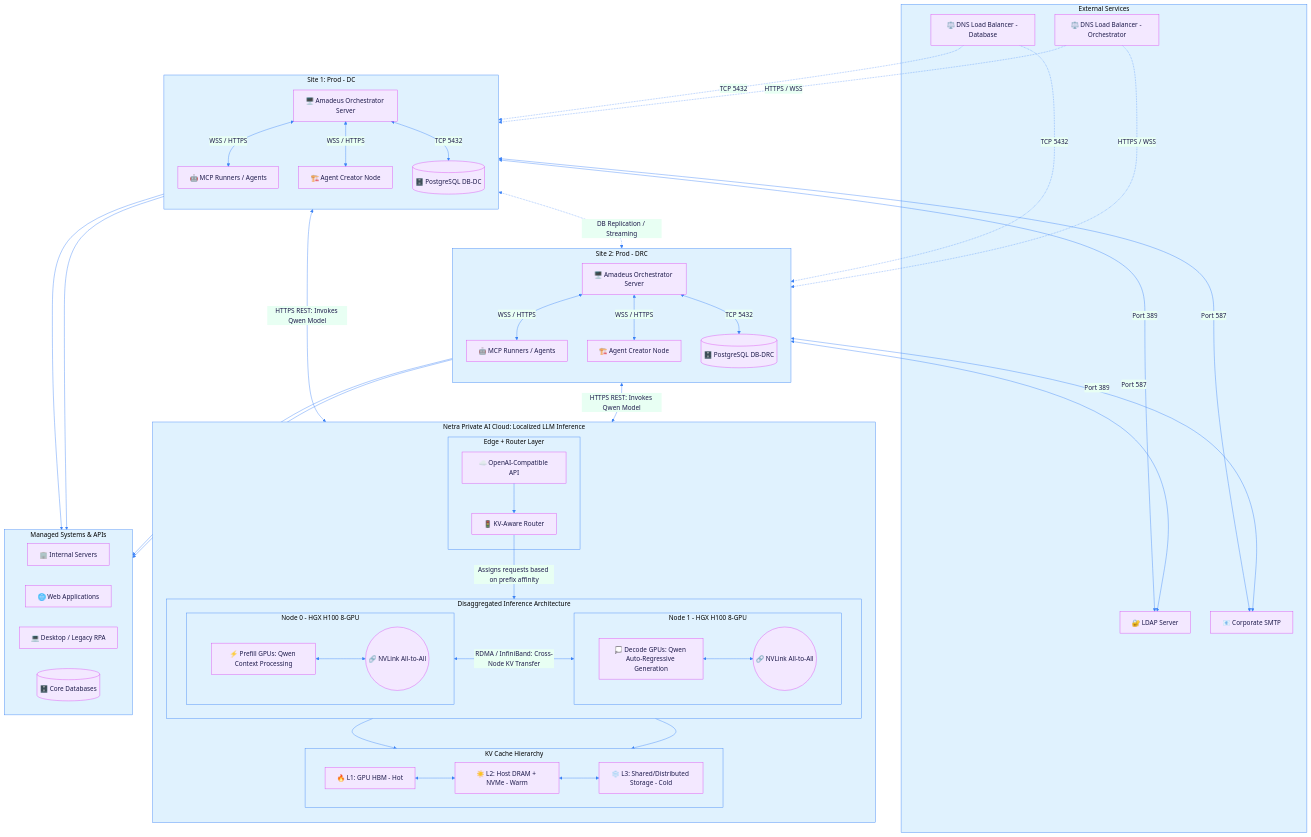
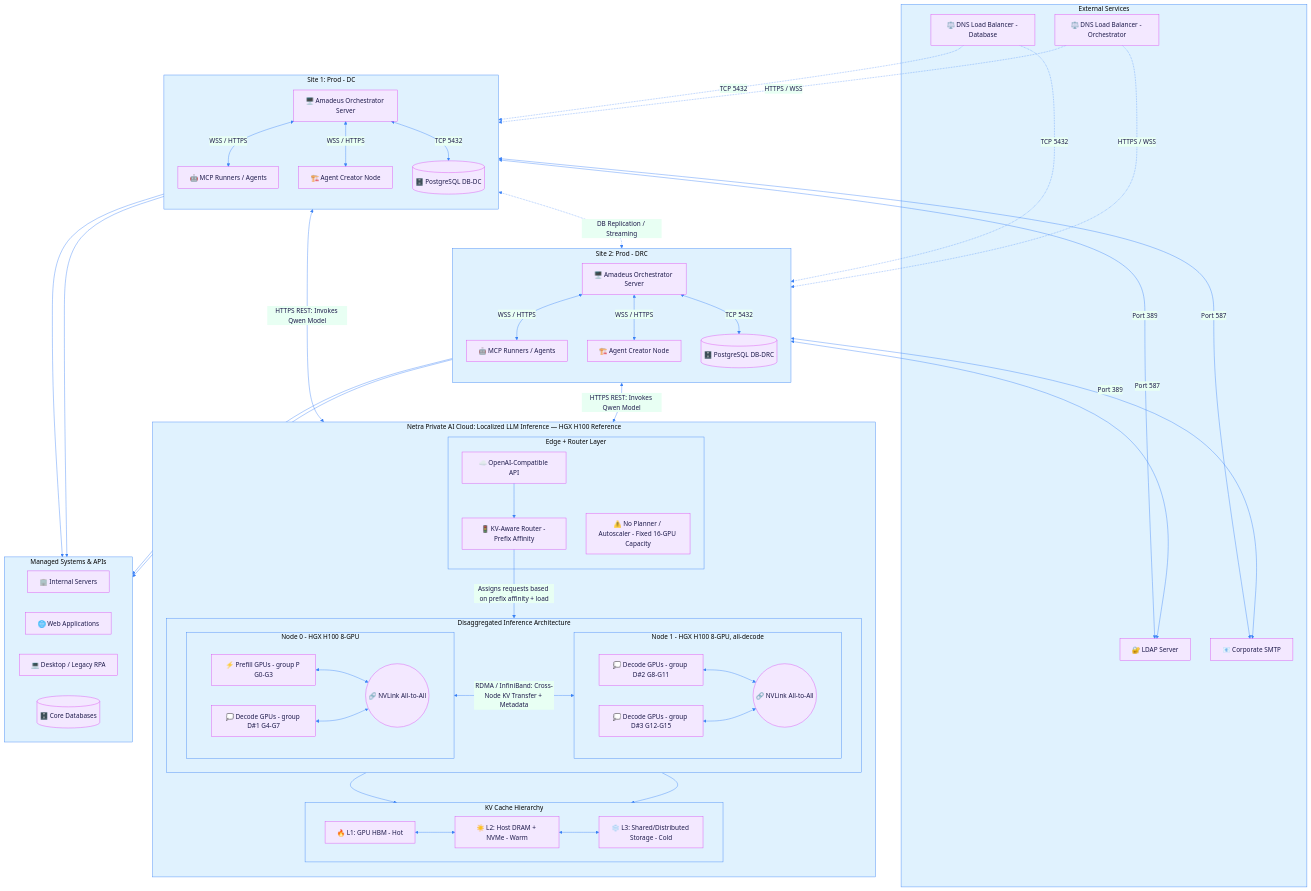
The third of 4 diagrams in README.md (Engineering-Reality/kachponz), drawn with Mermaid before and after one commit. The commit also changed other lines of this file, not shown here.

Commit message:
docs: sync latest updates on HGX H100 deployment reference, roadmap sprints, and CX100 use case

```diff
--- a/README.md
+++ b/README.md
@@ -186,29 +186,34 @@
         CR_DRC <-->|TCP 5432| DB_DRC
     end
 
-    subgraph NetraCloud [Netra Private AI Cloud: Localized LLM Inference]
+    subgraph NetraCloud [Netra Private AI Cloud: Localized LLM Inference — HGX H100 Reference]
         direction TB
         subgraph EdgeLayer [Edge + Router Layer]
             NetraAPI[☁️ OpenAI-Compatible API]
-            KVRouter[🚦 KV-Aware Router]
+            KVRouter[🚦 KV-Aware Router - Prefix Affinity]
+            Fixed[⚠️ No Planner / Autoscaler - Fixed 16-GPU Capacity]
             NetraAPI --> KVRouter
         end
 
         subgraph DisaggregatedInference [Disaggregated Inference Architecture]
             direction LR
             subgraph Node0 [Node 0 - HGX H100 8-GPU]
-                Prefill[⚡ Prefill GPUs: Qwen Context Processing]
+                PrefillP[⚡ Prefill GPUs - group P G0-G3]
+                DecodeD1[💭 Decode GPUs - group D#1 G4-G7]
                 NVLink0((🔗 NVLink All-to-All))
-                Prefill <--> NVLink0
+                PrefillP <--> NVLink0
+                DecodeD1 <--> NVLink0
             end
-            
-            subgraph Node1 [Node 1 - HGX H100 8-GPU]
-                Decode[💭 Decode GPUs: Qwen Auto-Regressive Generation]
+
+            subgraph Node1 [Node 1 - HGX H100 8-GPU, all-decode]
+                DecodeD2[💭 Decode GPUs - group D#2 G8-G11]
+                DecodeD3[💭 Decode GPUs - group D#3 G12-G15]
                 NVLink1((🔗 NVLink All-to-All))
-                Decode <--> NVLink1
+                DecodeD2 <--> NVLink1
+                DecodeD3 <--> NVLink1
             end
-            
-            Node0 <-->|RDMA / InfiniBand: Cross-Node KV Transfer| Node1
+
+            Node0 <-->|RDMA / InfiniBand: Cross-Node KV Transfer + Metadata| Node1
         end
 
         subgraph KVCache [KV Cache Hierarchy]
@@ -217,8 +222,8 @@
             L3[❄️ L3: Shared/Distributed Storage - Cold]
             L1 <--> L2 <--> L3
         end
-        
-        KVRouter -->|Assigns requests based on prefix affinity| Node0
+
+        KVRouter -->|Assigns requests based on prefix affinity + load| Node0
         Node0 --> KVCache
         Node1 --> KVCache
     end
```
